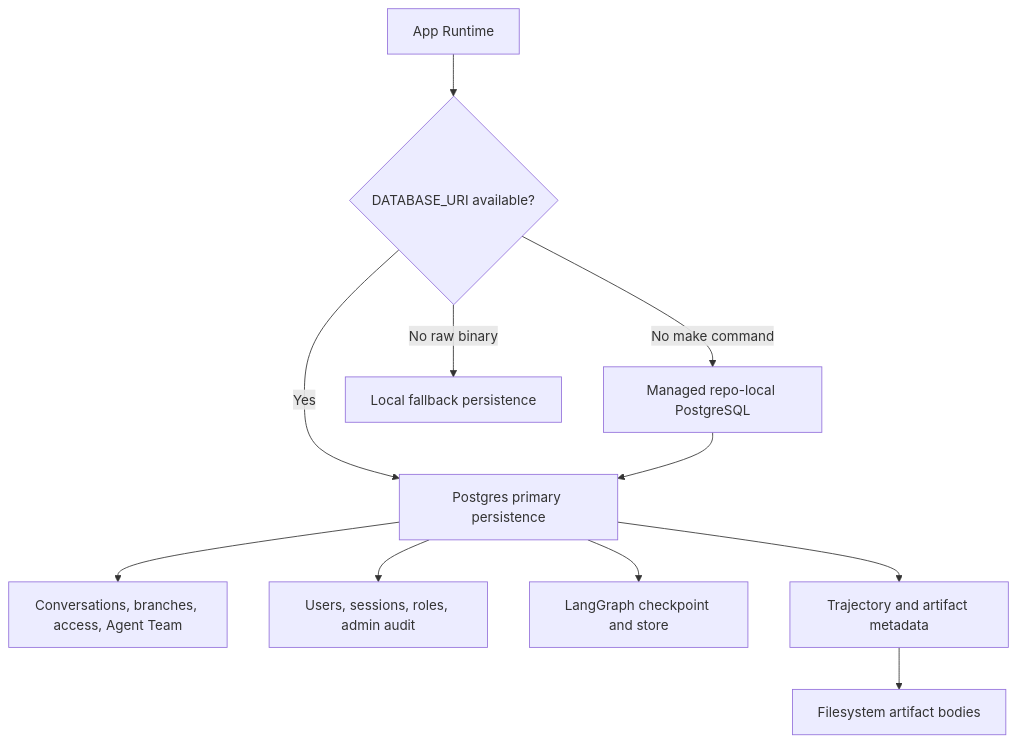
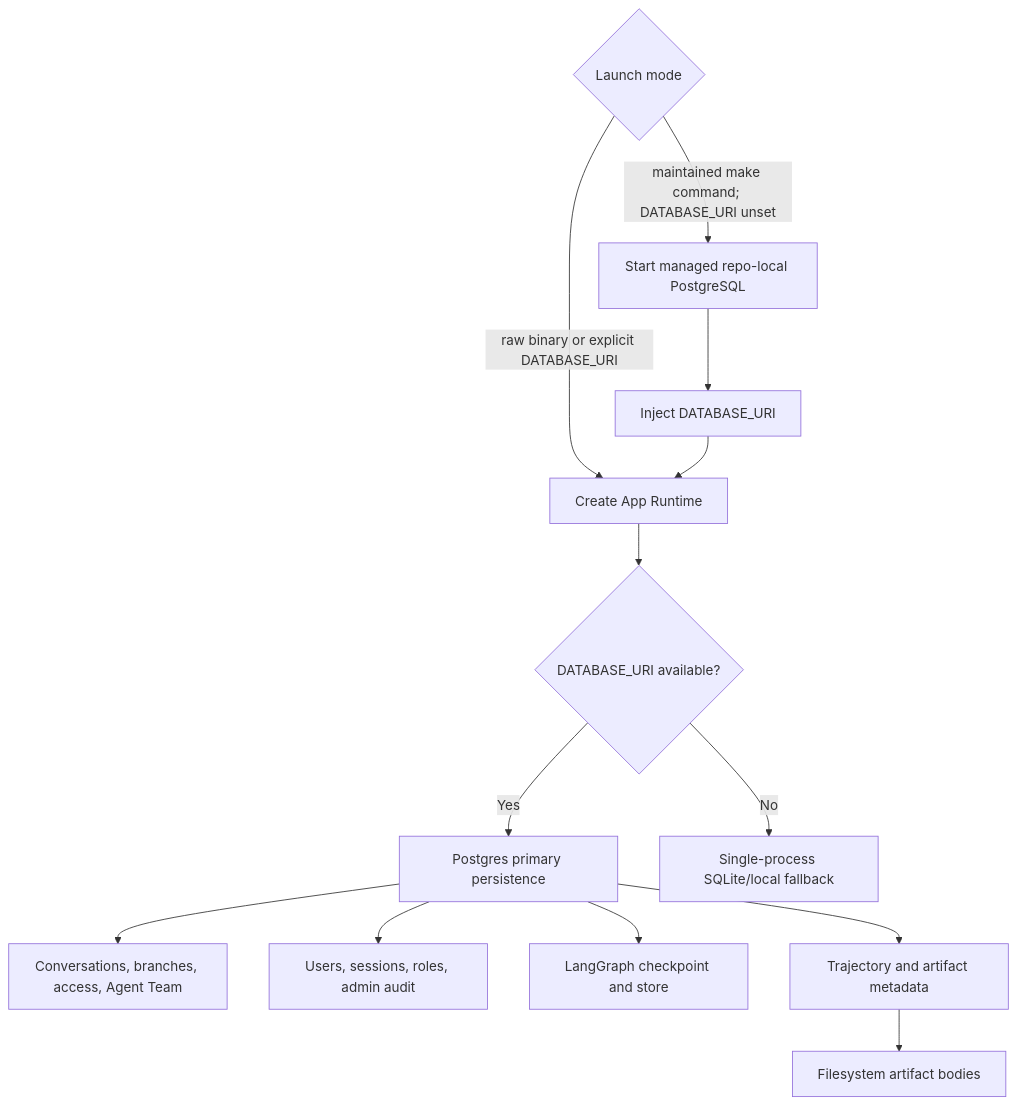
Before and after one commit to William-zgx/focus-agent: the eighth of 10 diagrams in docs/architecture.md, drawn with Mermaid. The commit also changed other lines of this file and 28 other files, not shown here.

````diff
--- a/docs/architecture.md
+++ b/docs/architecture.md
@@ -520,13 +529,16 @@
 ```mermaid
 flowchart TD
-    Runtime["App Runtime"] --> Decision{"DATABASE_URI available?"}
+    Launch{"Launch mode"}
+    Launch -- "maintained make command; DATABASE_URI unset" --> Managed["Start managed repo-local PostgreSQL"]
+    Managed --> Inject["Inject DATABASE_URI"]
+    Launch -- "raw binary or explicit DATABASE_URI" --> Runtime["Create App Runtime"]
+    Inject --> Runtime
+    Runtime --> Decision{"DATABASE_URI available?"}
     Decision -- "Yes" --> PG["Postgres primary persistence"]
-    Decision -- "No make command" --> Managed["Managed repo-local PostgreSQL"]
-    Decision -- "No raw binary" --> Fallback["Local fallback persistence"]
-    Managed --> PG
+    Decision -- "No" --> Fallback["Single-process SQLite/local fallback"]
     PG --> AppState["Conversations, branches, access, Agent Team"]
     PG --> AdminState["Users, sessions, roles, admin audit"]
     PG --> GraphStore["LangGraph checkpoint and store"]
     PG --> TraceMeta["Trajectory and artifact metadata"]
     TraceMeta --> Files["Filesystem artifact bodies"]
 ```
````
